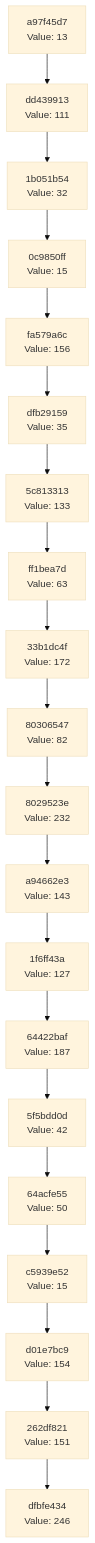
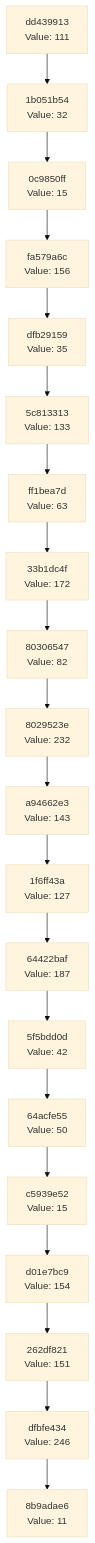
Before and after one commit to Abhisheksinha1506/hash-chain-evolver: the diagram in docs/CHAIN_VISUALIZATION.md, drawn with Mermaid (base theme). The commit also changed 2 other files, not shown here.

Commit message:
Evolution Step

````diff
--- a/docs/CHAIN_VISUALIZATION.md
+++ b/docs/CHAIN_VISUALIZATION.md
@@ -3,42 +3,42 @@
 ```mermaid
 graph TD
-    C0["dfbfe434<br/>Value: 246"]
-    C1["262df821<br/>Value: 151"]
+    C0["8b9adae6<br/>Value: 11"]
+    C1["dfbfe434<br/>Value: 246"]
     C1 --> C0
-    C2["d01e7bc9<br/>Value: 154"]
+    C2["262df821<br/>Value: 151"]
     C2 --> C1
-    C3["c5939e52<br/>Value: 15"]
+    C3["d01e7bc9<br/>Value: 154"]
     C3 --> C2
-    C4["64acfe55<br/>Value: 50"]
+    C4["c5939e52<br/>Value: 15"]
     C4 --> C3
-    C5["5f5bdd0d<br/>Value: 42"]
+    C5["64acfe55<br/>Value: 50"]
     C5 --> C4
-    C6["64422baf<br/>Value: 187"]
+    C6["5f5bdd0d<br/>Value: 42"]
     C6 --> C5
-    C7["1f6ff43a<br/>Value: 127"]
+    C7["64422baf<br/>Value: 187"]
     C7 --> C6
-    C8["a94662e3<br/>Value: 143"]
+    C8["1f6ff43a<br/>Value: 127"]
     C8 --> C7
-    C9["8029523e<br/>Value: 232"]
+    C9["a94662e3<br/>Value: 143"]
     C9 --> C8
-    C10["80306547<br/>Value: 82"]
+    C10["8029523e<br/>Value: 232"]
     C10 --> C9
-    C11["33b1dc4f<br/>Value: 172"]
+    C11["80306547<br/>Value: 82"]
     C11 --> C10
-    C12["ff1bea7d<br/>Value: 63"]
+    C12["33b1dc4f<br/>Value: 172"]
     C12 --> C11
-    C13["5c813313<br/>Value: 133"]
+    C13["ff1bea7d<br/>Value: 63"]
     C13 --> C12
-    C14["dfb29159<br/>Value: 35"]
+    C14["5c813313<br/>Value: 133"]
     C14 --> C13
-    C15["fa579a6c<br/>Value: 156"]
+    C15["dfb29159<br/>Value: 35"]
     C15 --> C14
-    C16["0c9850ff<br/>Value: 15"]
+    C16["fa579a6c<br/>Value: 156"]
     C16 --> C15
-    C17["1b051b54<br/>Value: 32"]
+    C17["0c9850ff<br/>Value: 15"]
     C17 --> C16
-    C18["dd439913<br/>Value: 111"]
+    C18["1b051b54<br/>Value: 32"]
     C18 --> C17
-    C19["a97f45d7<br/>Value: 13"]
+    C19["dd439913<br/>Value: 111"]
     C19 --> C18
 ```
````
